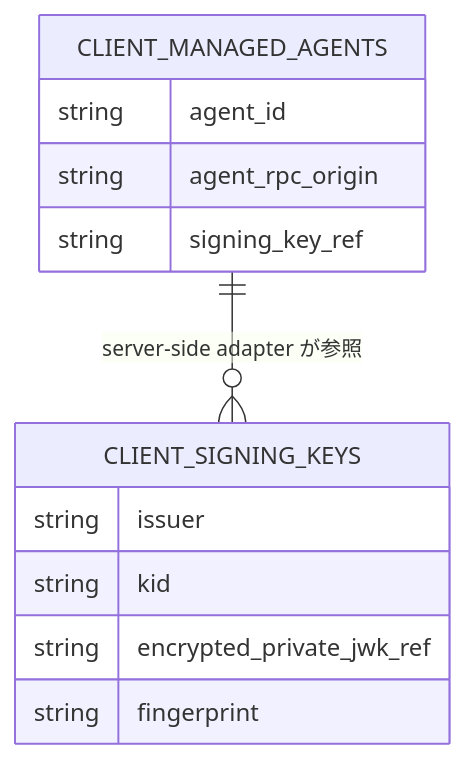
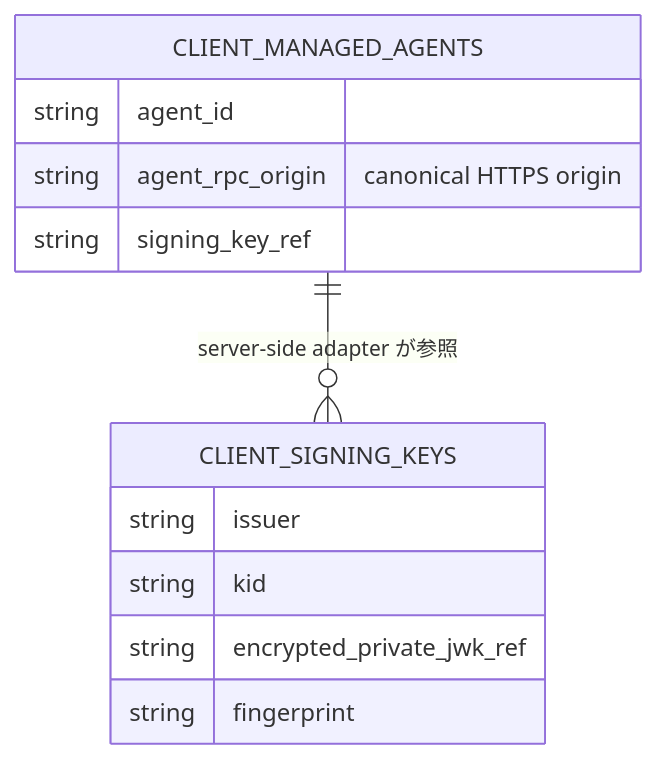
The fifth of 6 diagrams in openspec/changes/introduce-tamac-sdk/design.md (Suzlun/cf-tamac), drawn with Mermaid before and after one commit. The commit also changed other lines of this file and 146 other files, not shown here.

````diff
--- a/openspec/changes/introduce-tamac-sdk/design.md
+++ b/openspec/changes/introduce-tamac-sdk/design.md
@@ -258,15 +511,15 @@
 ```mermaid
 erDiagram
   CLIENT_MANAGED_AGENTS ||--o{ CLIENT_SIGNING_KEYS : "server-side adapter が参照"
   CLIENT_MANAGED_AGENTS {
     string agent_id
-    string agent_rpc_origin
+    string agent_rpc_origin "canonical HTTPS origin"
     string signing_key_ref
   }
   CLIENT_SIGNING_KEYS {
     string issuer
     string kid
     string encrypted_private_jwk_ref
     string fingerprint
   }
 ```
````
